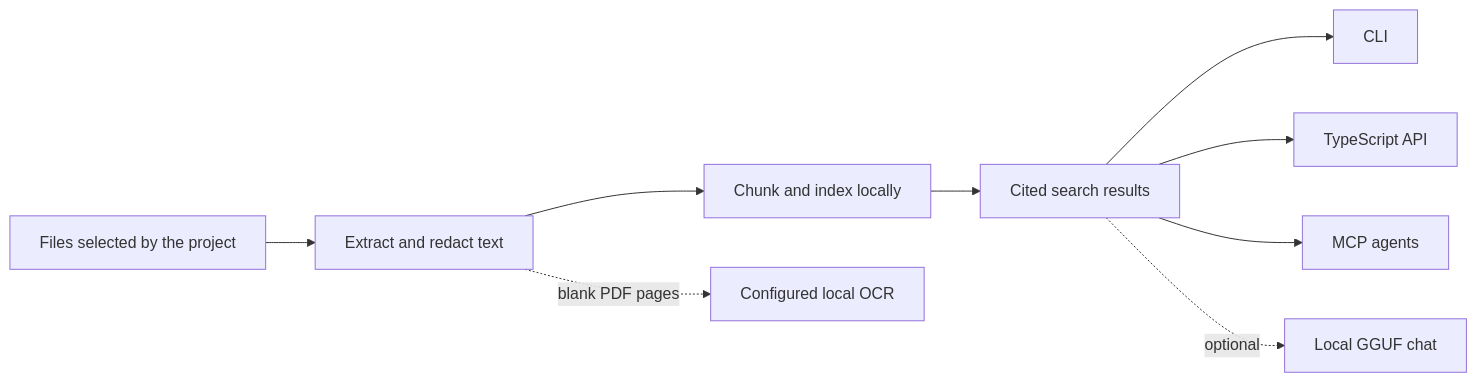
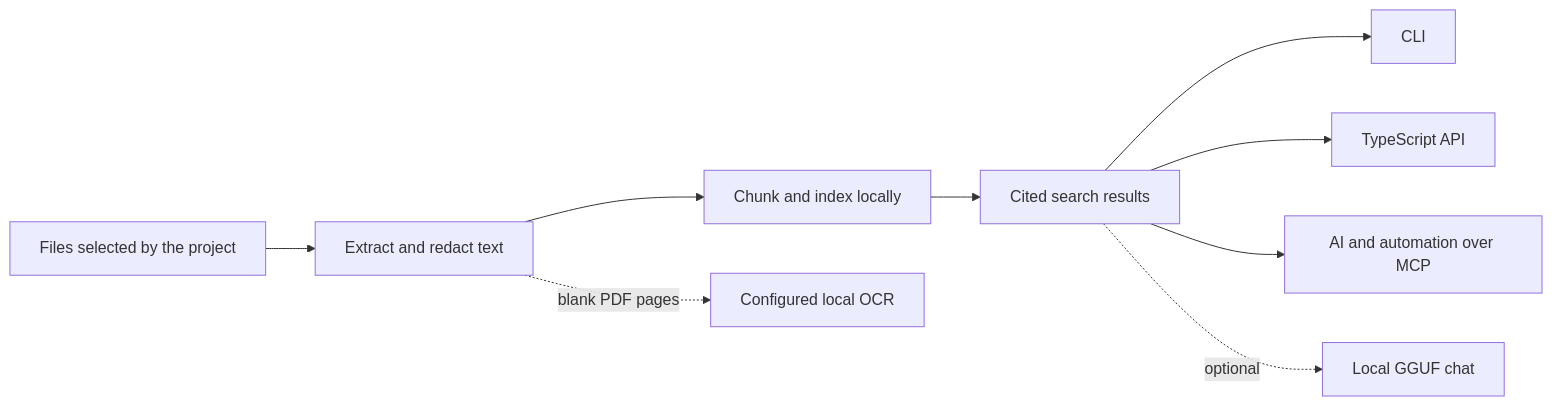
The diagram in README.md (jcode-works/jcode-ragmir), drawn with Mermaid before and after one commit. The commit also changed other lines of this file and 39 other files, not shown here.

````diff
--- a/README.md
+++ b/README.md
@@ -54,11 +58,11 @@
 ```mermaid
 flowchart LR
     A["Files selected by the project"] --> B["Extract and redact text"]
     B --> C["Chunk and index locally"]
     C --> D["Cited search results"]
     D --> E["CLI"]
     D --> F["TypeScript API"]
-    D --> G["MCP agents"]
+    D --> G["AI and automation over MCP"]
     D -. optional .-> H["Local GGUF chat"]
     B -. blank PDF pages .-> I["Configured local OCR"]
 ```
````
